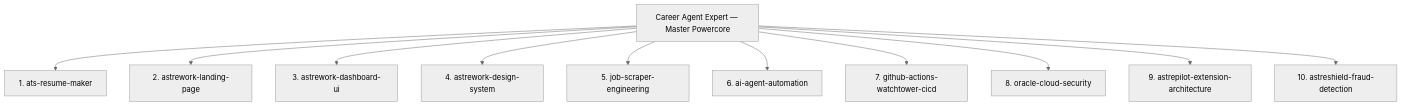
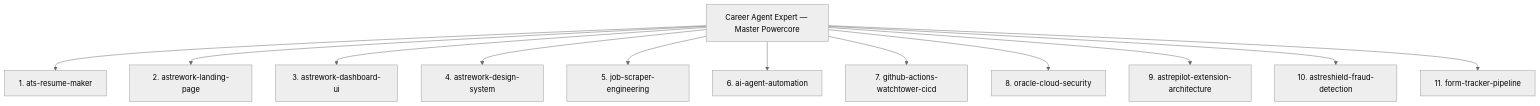
The third of 3 diagrams in .agents/skills/career-agent-expert/SKILL.md (Hey-Astreon/Career_Engine), drawn with Mermaid (neutral theme) before and after one commit. The commit also changed other lines of this file and 3 other files, not shown here.

Commit message:
feat(skills): create form-tracker-pipeline skill and introduce Lead Application Lifecycle persona

````diff
--- a/.agents/skills/career-agent-expert/SKILL.md
+++ b/.agents/skills/career-agent-expert/SKILL.md
@@ -204,14 +209,15 @@
 ```mermaid
 graph TD
     PC[Career Agent Expert — Master Powercore]
     PC --> S1[1. ats-resume-maker]
     PC --> S2[2. astrework-landing-page]
     PC --> S3[3. astrework-dashboard-ui]
     PC --> S4[4. astrework-design-system]
     PC --> S5[5. job-scraper-engineering]
     PC --> S6[6. ai-agent-automation]
     PC --> S7[7. github-actions-watchtower-cicd]
     PC --> S8[8. oracle-cloud-security]
     PC --> S9[9. astrepilot-extension-architecture]
     PC --> S10[10. astreshield-fraud-detection]
+    PC --> S11[11. form-tracker-pipeline]
 ```
````
